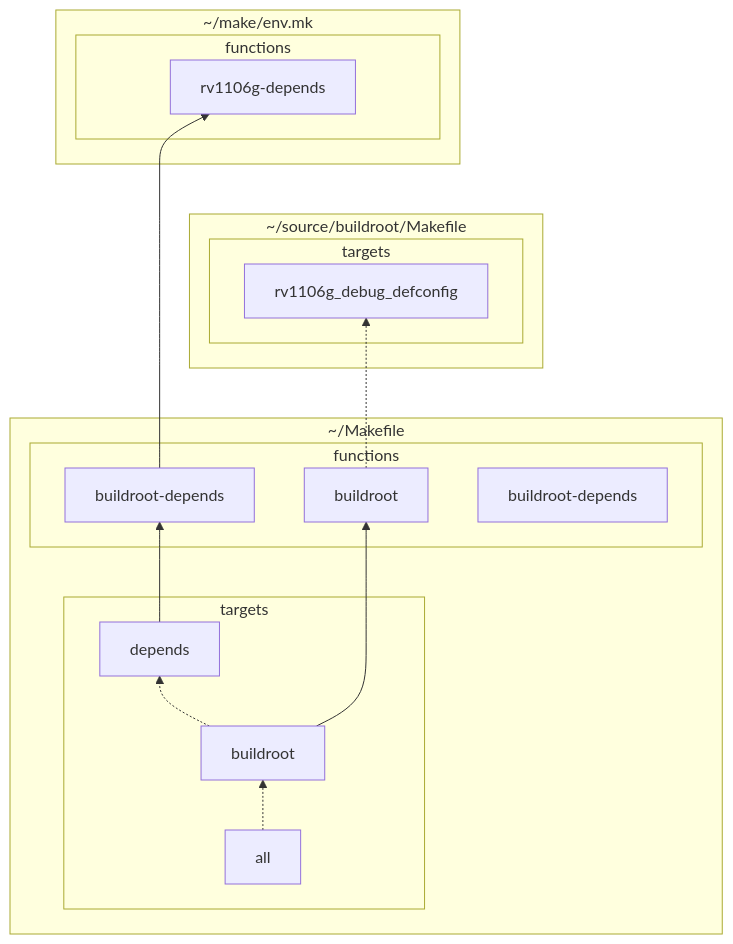
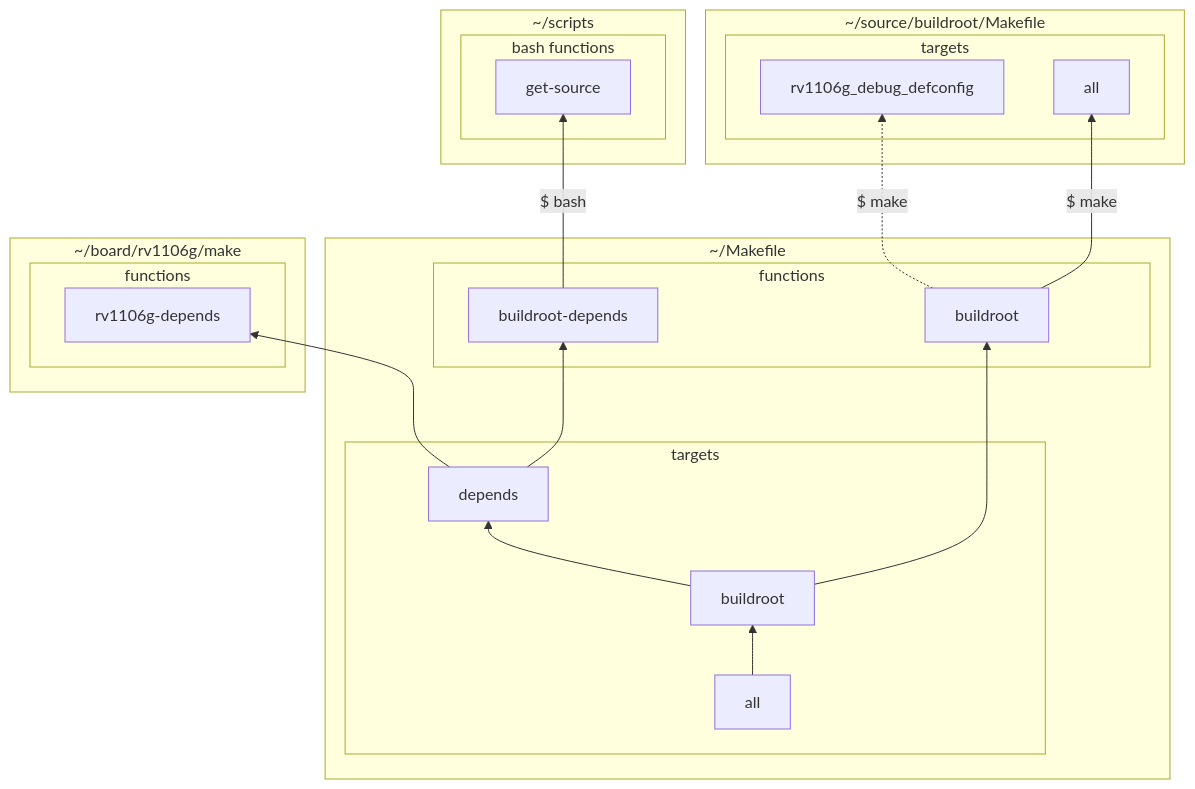
Before and after one commit to tactacam-ryanmoe/markdown-test: the second of 3 diagrams in README.md, drawn with Mermaid.

````diff
--- a/README.md
+++ b/README.md
@@ -42,39 +42,53 @@
 ```mermaid
 flowchart BT
-    subgraph Makefile[~/Makefile]
-        subgraph targets
-            all[all]
-            buildroottarget[buildroot]
-            dependstarget[depends]
+
+%% ----- Objects -----
+    subgraph make[~/Makefile]
+        subgraph make_targets[targets]
+            make_targets_all[all]
+            make_targets_buildroot[buildroot]
+            make_targets_depends[depends]
         end
-        subgraph functions
-            dependsFunc[buildroot-depends]
-            buildrootfunction[buildroot]
-            buildrootdependsfunction[buildroot-depends]
+        subgraph make_functions[functions]
+            make_functions_buildroot[buildroot]
+            make_functions_buildroot-deps[buildroot-depends]
         end
     end
 
-    
-
-    subgraph makeenv[~/make/env.mk]
-        subgraph makeenvfunctions[functions]
-            makeenvdep[rv1106g-depends]
+    subgraph scripts[~/scripts]
+        subgraph scripts_bash[bash functions]
+            scripts_bash_get-source[get-source]
         end
     end
 
-    subgraph buildrootdir[~/source/buildroot/Makefile]
-        subgraph buildrootdirMakefileTargets[targets]
-            buildrootdirMakefileTarget[rv1106g_debug_defconfig]
+    subgraph board-rv1106g-make[~/board/rv1106g/make]
+        subgraph board-rv1106g-make_functions[functions]
+            board-rv1106g-make_functions_rv1106-deps[rv1106g-depends]
         end
     end
 
-    all -.-> buildroottarget
-    buildroottarget -.-> dependstarget
-    dependstarget --> dependsFunc
-    dependsFunc --> makeenvdep
-    buildroottarget --> buildrootfunction
-    buildrootfunction -.-> buildrootdirMakefileTarget
+    subgraph buildroot-dir[~/source/buildroot/Makefile]
+        subgraph buildroot-dir_targets[targets]
+            buildroot-dir_targets_rv1106config[rv1106g_debug_defconfig]
+            buildroot-dir_targets_all[all]
+        end
+    end
 
-    buildrootdir ~~~ makeenv
+%% ----- Lines -----
+
+    make_targets_all --> make_targets_buildroot
+    make_targets_buildroot --> make_targets_depends
+    make_targets_depends --> make_functions_buildroot-deps
+    make_functions_buildroot-deps -- $ bash --> scripts_bash_get-source
+    make_targets_depends --> board-rv1106g-make_functions_rv1106-deps
+    make_targets_buildroot --> make_functions_buildroot
+    make_functions_buildroot -. $ make .-> buildroot-dir_targets_rv1106config
+    make_functions_buildroot -- $ make --> buildroot-dir_targets_all
+
+    %%dependsFunc --> makeenvdep
+    %%buildroottarget --> buildrootfunction
+    %%buildrootfunction -.-> buildrootdirMakefileTarget
+
+    %%buildrootdir ~~~ makeenv
     
 ```
````
